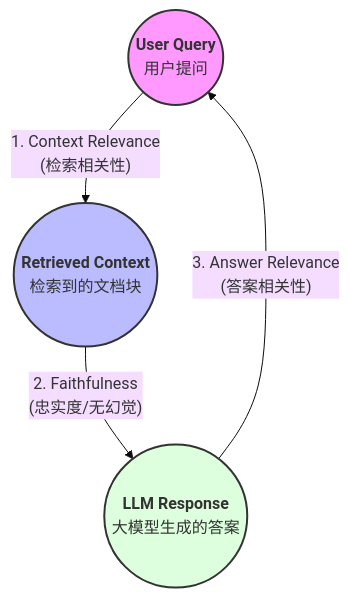
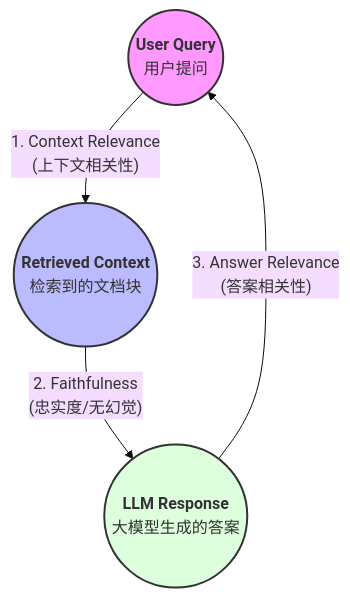
The diagram in rag/13-系统评估-Evaluation/00-解读文章/013：RAG 入门-RAG系统评估.md (zonezoen/refine-rag), drawn with Mermaid (base theme) before and after one commit. The commit also changed other lines of this file and 6 other files, not shown here.

````diff
--- a/rag/13-系统评估-Evaluation/00-解读文章/013：RAG 入门-RAG系统评估.md
+++ b/rag/13-系统评估-Evaluation/00-解读文章/013：RAG 入门-RAG系统评估.md
@@ -30,17 +57,18 @@
 ```mermaid
 graph TD
     %% 节点定义
     Q((<b>User Query</b><br/>用户提问))
     C((<b>Retrieved Context</b><br/>检索到的文档块))
     R((<b>LLM Response</b><br/>大模型生成的答案))
 
     %% 连线与指标
-    Q -- "1. Context Relevance<br/>(检索相关性)" --> C
+    Q -- "1. Context Relevance<br/>(上下文相关性)" --> C
     C -- "2. Faithfulness<br/>(忠实度/无幻觉)" --> R
     R -- "3. Answer Relevance<br/>(答案相关性)" --> Q
 
     %% 样式美化
     style Q fill:#f9f,stroke:#333,stroke-width:2px
     style C fill:#bbf,stroke:#333,stroke-width:2px
     style R fill:#dfd,stroke:#333,stroke-width:2px
+
 ```
````
